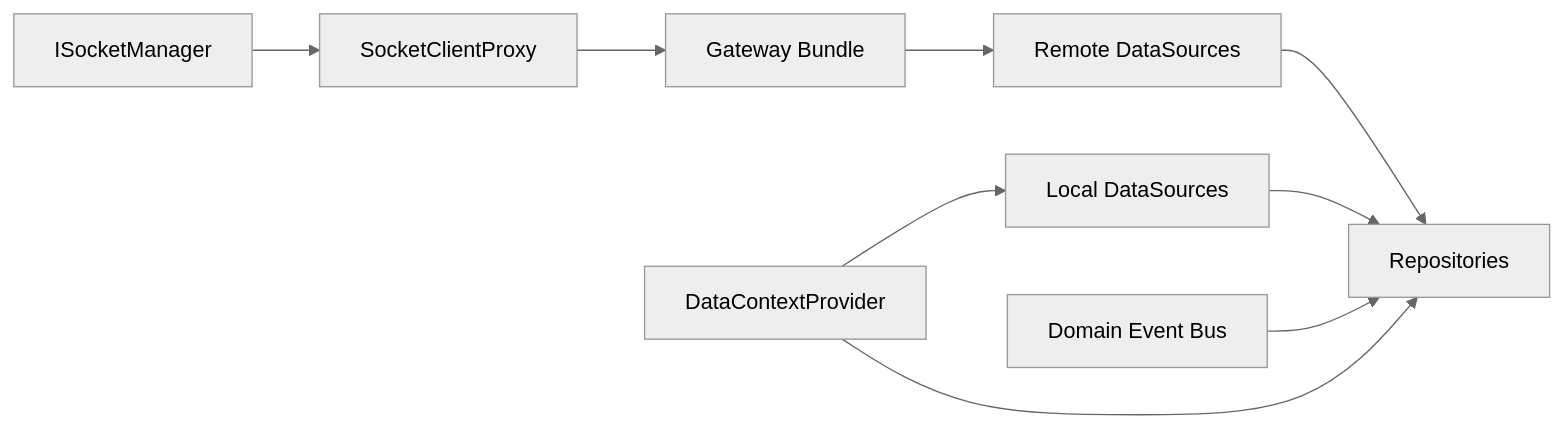
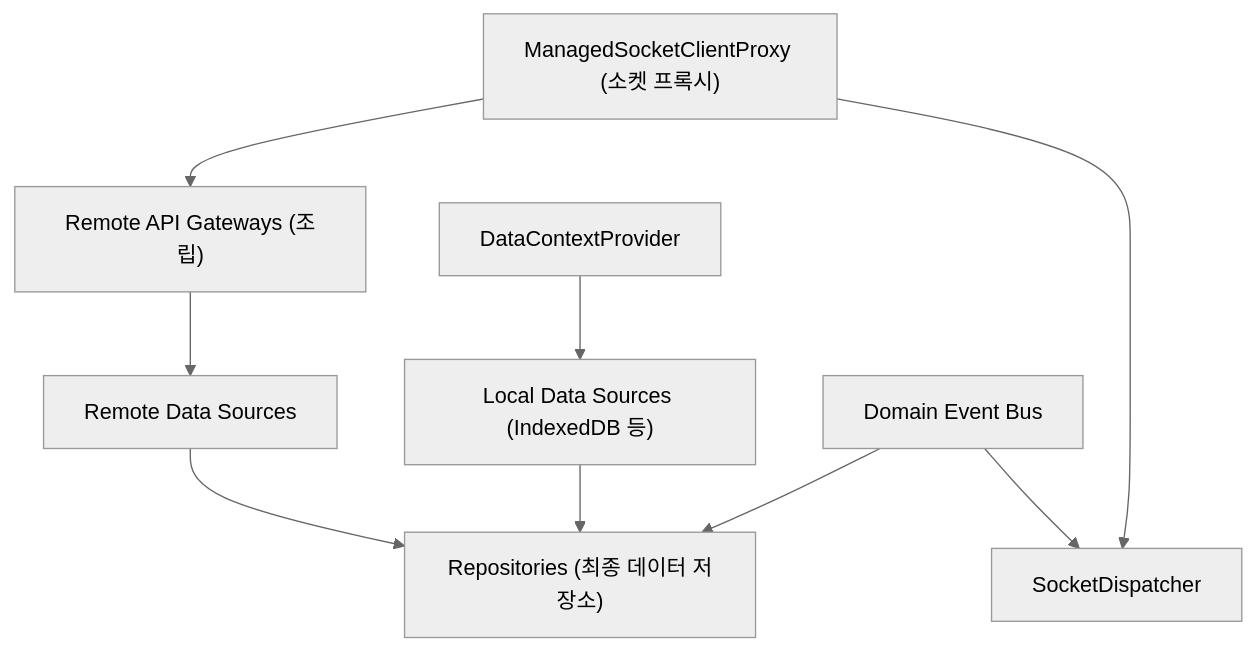
One commit to lemoncloud-io/dou-app changed the diagram in libs/app-runtime/docs/data/data.md. Above: the diagram before and after it, drawn with Mermaid (neutral theme). The commit also changed other lines of this file and 5 other files, not shown here.

Commit message:
feat: refactor session and socket management for improved architecture

````diff
--- a/libs/app-runtime/docs/data/data.md
+++ b/libs/app-runtime/docs/data/data.md
@@ -48,11 +15,14 @@
 ```mermaid
-flowchart LR
-  Manager["ISocketManager"] --> Proxy["SocketClientProxy"]
-  Proxy --> Gateways["Gateway Bundle"]
-  Gateways --> Remote["Remote DataSources"]
-  Context["DataContextProvider"] --> Local["Local DataSources"]
-  Context --> Repo["Repositories"]
-  Remote --> Repo
+flowchart TD
+  Proxy["ManagedSocketClientProxy (소켓 프록시)"] --> Gateways["Remote API Gateways (조립)"]
+  Gateways --> Remote["Remote Data Sources"]
+
+  Context["DataContextProvider"] --> Local["Local Data Sources (IndexedDB 등)"]
+
+  Remote --> Repo["Repositories (최종 데이터 저장소)"]
   Local --> Repo
+
   EventBus["Domain Event Bus"] --> Repo
+  EventBus --> Dispatcher["SocketDispatcher"]
+  Proxy --> Dispatcher
 ```
````
